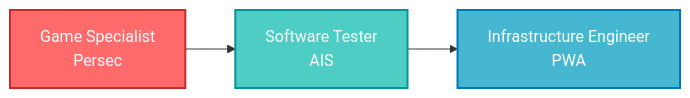
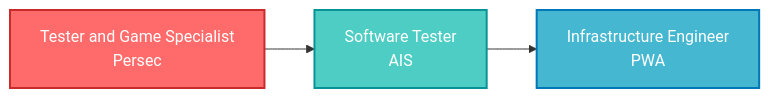
Before and after one commit to bom-sudo/resume: the diagram in me.md, drawn with Mermaid. The commit also changed 9 other files, not shown here.

Commit message:
feat: implement resume journey graphic, footer section, and profile data structures

````diff
--- a/me.md
+++ b/me.md
@@ -103,9 +103,9 @@
 ```mermaid
 graph LR
-    A[Game Specialist<br/>Persec] --> B[Software Tester<br/>AIS]
+    A[Tester and Game Specialist<br/>Persec] --> B[Software Tester<br/>AIS]
     B --> C[Infrastructure Engineer<br/>PWA]
     
     style A fill:#ff6b6b,stroke:#c92a2a,stroke-width:2px,color:#fff
     style B fill:#4ecdc4,stroke:#0a9396,stroke-width:2px,color:#fff
     style C fill:#45b7d1,stroke:#0077b6,stroke-width:2px,color:#fff
 ```
````
